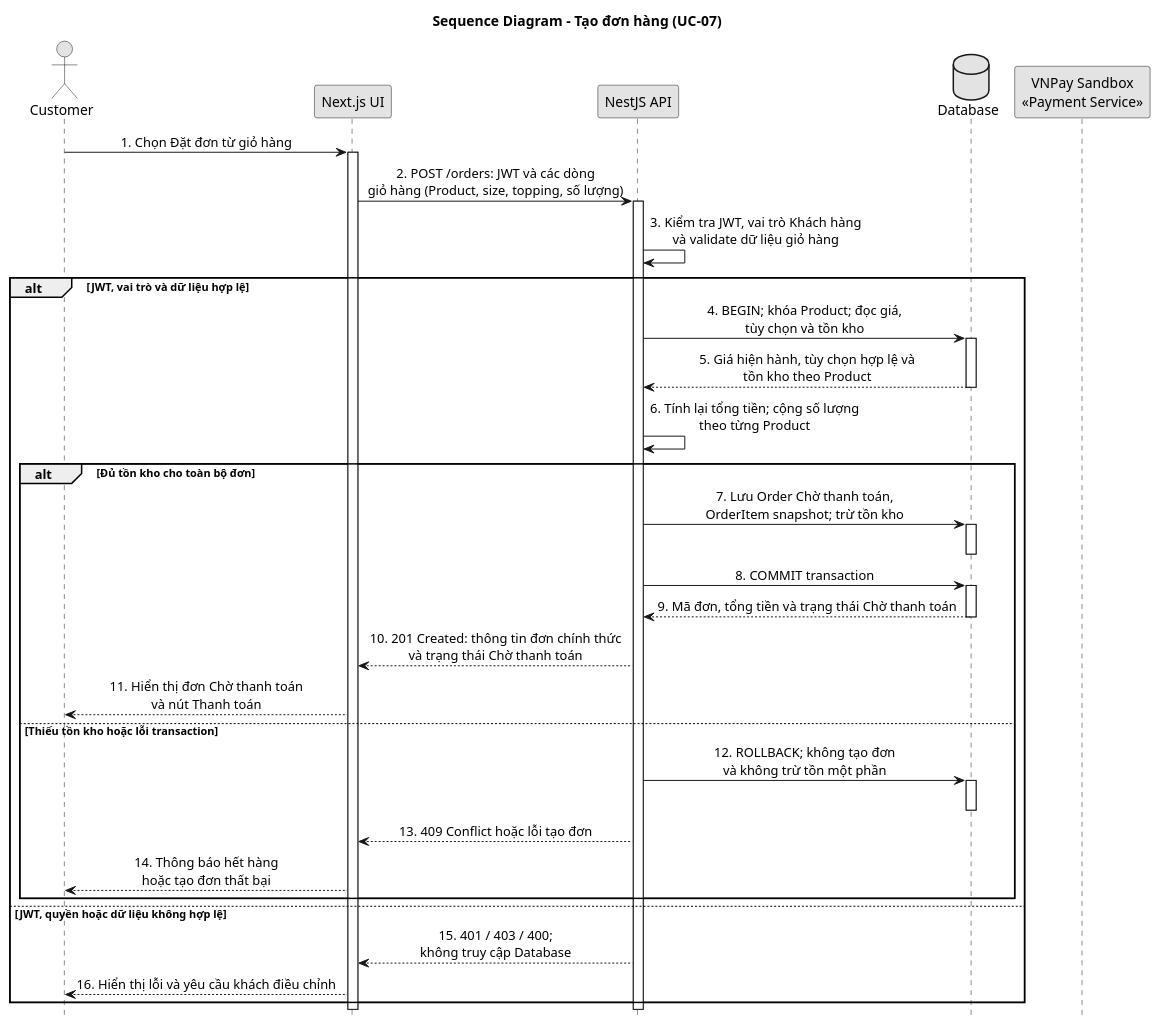
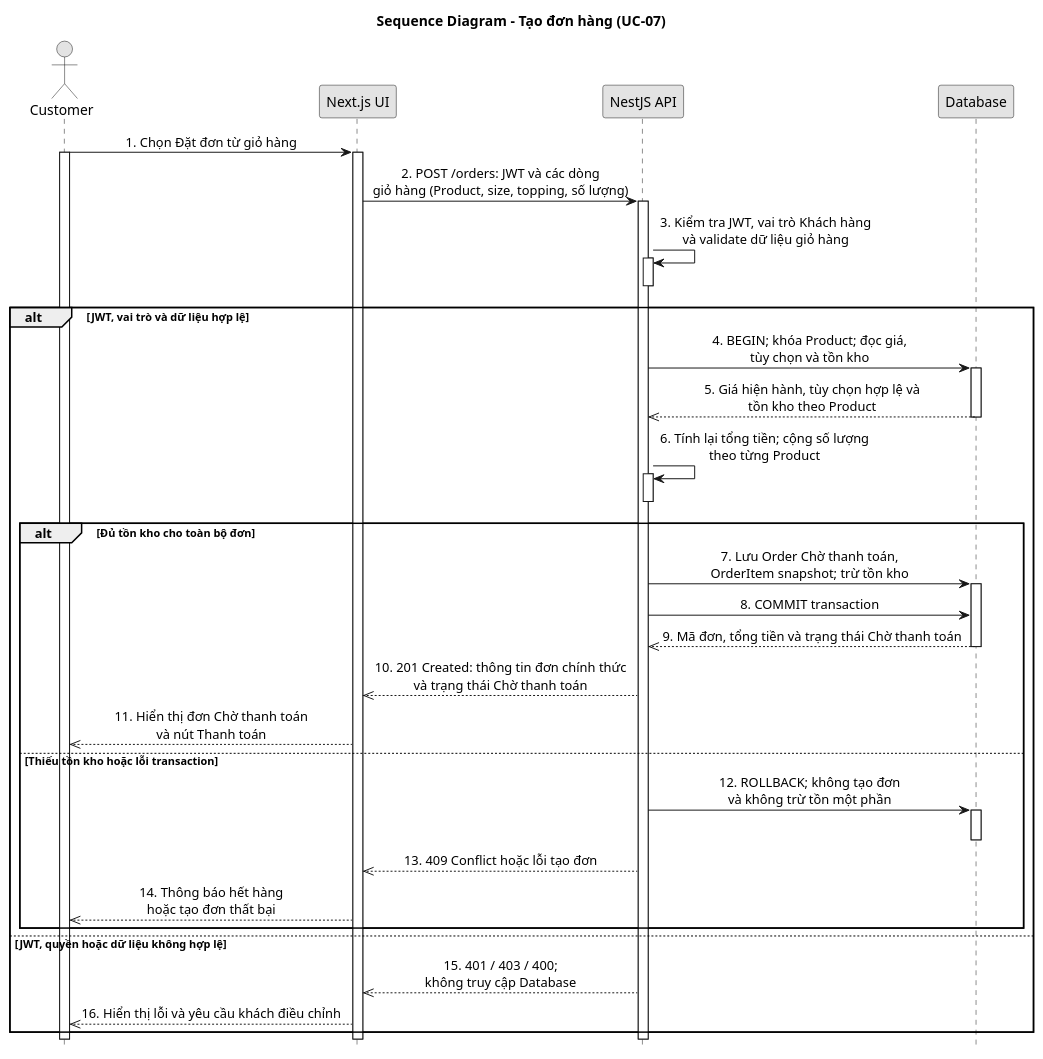
Before and after one commit to mhien06/BrewLite_A2: the diagram in docs/diagrams/sources/sequence-create-order.puml, drawn with PlantUML. The commit also changed 5 other files, not shown here.

Commit message:
Cập nhật lại sequence diagram

```diff
--- a/docs/diagrams/sources/sequence-create-order.puml
+++ b/docs/diagrams/sources/sequence-create-order.puml
@@ -1,50 +1,59 @@
 @startuml
 title Sequence Diagram - Tạo đơn hàng (UC-07)
 hide footbox
 skinparam monochrome true
 skinparam sequenceMessageAlign center
+skinparam responseMessageBelowArrow false
 
 actor Customer
 participant "Next.js UI" as UI
 participant "NestJS API" as API
-database Database as DB
-participant "VNPay Sandbox\n«Payment Service»" as VNPay
+participant "Database" as DB
+
+' --- Lời gọi đồng bộ: ->   |   Trả về: -->>  (nét đứt, đầu mũi tên hở) ---
 
 Customer -> UI: 1. Chọn Đặt đơn từ giỏ hàng
+activate Customer
 activate UI
+
 UI -> API: 2. POST /orders: JWT và các dòng\ngiỏ hàng (Product, size, topping, số lượng)
 activate API
+
 API -> API: 3. Kiểm tra JWT, vai trò Khách hàng\nvà validate dữ liệu giỏ hàng
+activate API
+deactivate API
 
 alt JWT, vai trò và dữ liệu hợp lệ
   API -> DB: 4. BEGIN; khóa Product; đọc giá,\ntùy chọn và tồn kho
   activate DB
-  DB --> API: 5. Giá hiện hành, tùy chọn hợp lệ và\ntồn kho theo Product
+  DB -->> API: 5. Giá hiện hành, tùy chọn hợp lệ và\ntồn kho theo Product
   deactivate DB
+
   API -> API: 6. Tính lại tổng tiền; cộng số lượng\ntheo từng Product
+  activate API
+  deactivate API
 
   alt Đủ tồn kho cho toàn bộ đơn
     API -> DB: 7. Lưu Order Chờ thanh toán,\nOrderItem snapshot; trừ tồn kho
     activate DB
+    API -> DB: 8. COMMIT transaction
+    DB -->> API: 9. Mã đơn, tổng tiền và trạng thái Chờ thanh toán
     deactivate DB
-    API -> DB: 8. COMMIT transaction
-    activate DB
-    DB --> API: 9. Mã đơn, tổng tiền và trạng thái Chờ thanh toán
-    deactivate DB
-    API --> UI: 10. 201 Created: thông tin đơn chính thức\nvà trạng thái Chờ thanh toán
-    UI --> Customer: 11. Hiển thị đơn Chờ thanh toán\nvà nút Thanh toán
+    API -->> UI: 10. 201 Created: thông tin đơn chính thức\nvà trạng thái Chờ thanh toán
+    UI -->> Customer: 11. Hiển thị đơn Chờ thanh toán\nvà nút Thanh toán
   else Thiếu tồn kho hoặc lỗi transaction
     API -> DB: 12. ROLLBACK; không tạo đơn\nvà không trừ tồn một phần
     activate DB
     deactivate DB
-    API --> UI: 13. 409 Conflict hoặc lỗi tạo đơn
-    UI --> Customer: 14. Thông báo hết hàng\nhoặc tạo đơn thất bại
+    API -->> UI: 13. 409 Conflict hoặc lỗi tạo đơn
+    UI -->> Customer: 14. Thông báo hết hàng\nhoặc tạo đơn thất bại
   end
 else JWT, quyền hoặc dữ liệu không hợp lệ
-  API --> UI: 15. 401 / 403 / 400;\nkhông truy cập Database
-  UI --> Customer: 16. Hiển thị lỗi và yêu cầu khách điều chỉnh
+  API -->> UI: 15. 401 / 403 / 400;\nkhông truy cập Database
+  UI -->> Customer: 16. Hiển thị lỗi và yêu cầu khách điều chỉnh
 end
 
 deactivate API
 deactivate UI
+deactivate Customer
 @enduml
```
